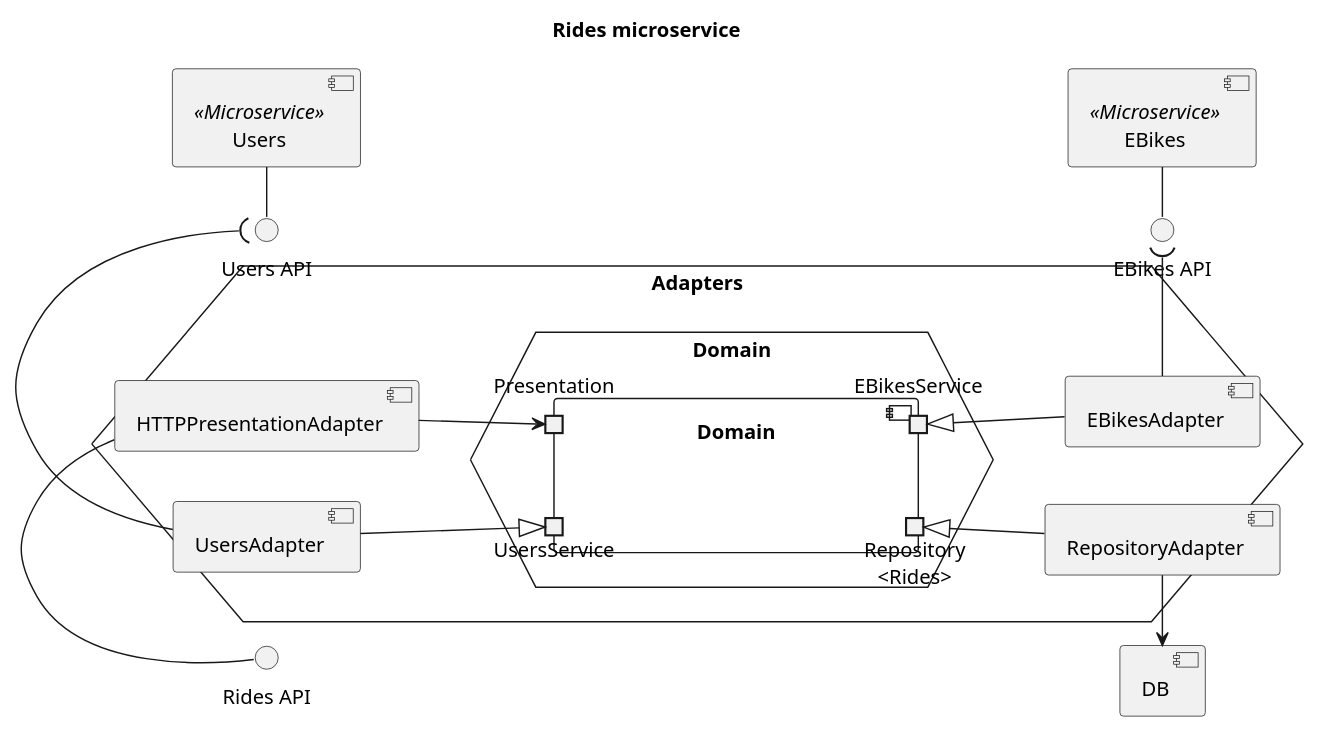
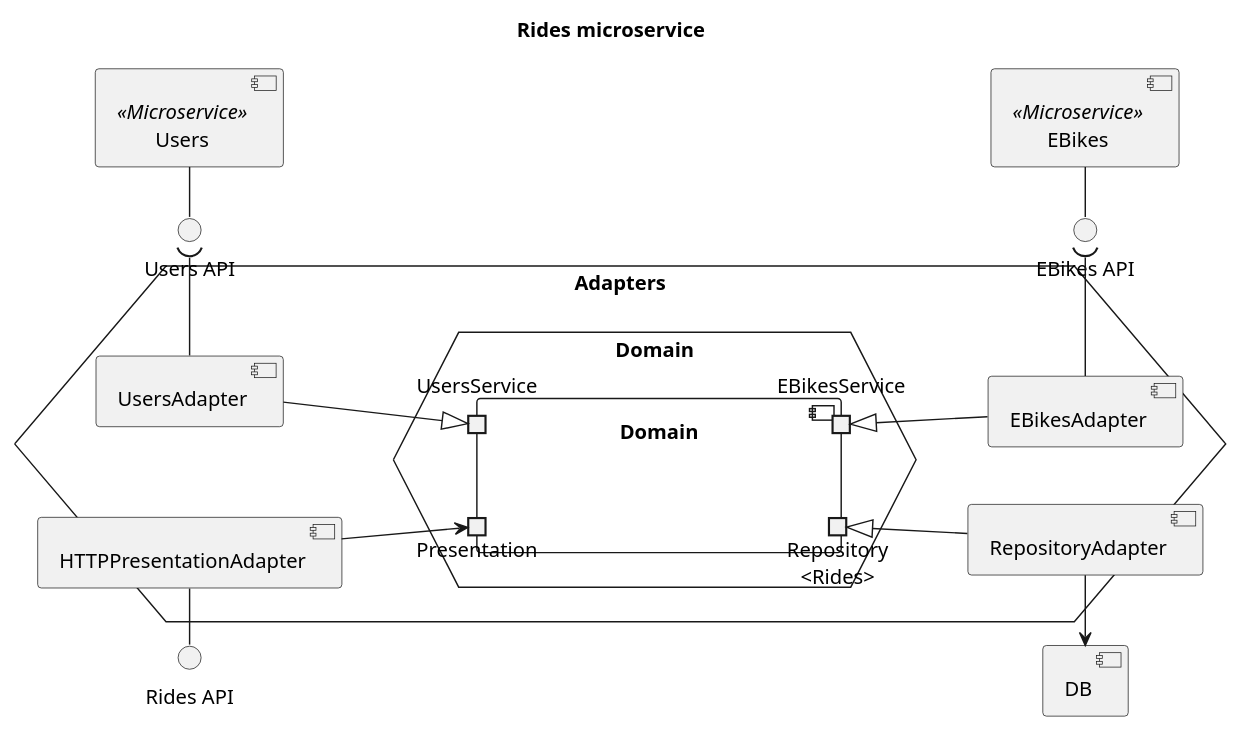
The diagram in doc/diagrams/src/rides-components.puml (Ventus218/SAP-assignment-02), drawn with PlantUML before and after one commit. The commit also changed other lines of this file and 8 other files, not shown here.

```diff
--- a/doc/diagrams/src/rides-components.puml
+++ b/doc/diagrams/src/rides-components.puml
@@ -1,46 +1,46 @@
 @startuml rides-components
 
 title "Rides microservice"
 
 left to right direction
 
 component "DB"
 interface "Rides API" as RidesAPI
 interface "EBikes API" as EBikesAPI
 interface "Users API" as UsersAPI
 
 hexagon Adapters {
     hexagon Domain as DomainHex {
         component Domain {
             'ports in or out are just used for layout purposes and do not have any semantic'
             portout "Repository\n<Rides>" as Repo
             portin Presentation
             portin UsersService
             portout EBikesService
         }
     }
 
     component "RepositoryAdapter" as RepoAdapter
     RepoAdapter -l-> DB
     RepoAdapter -u-|> Repo
 
     component EBikesAdapter
     EBikesAdapter -r-( EBikesAPI
     EBikesAdapter -u-|> EBikesService
 
+    component UsersAdapter
+    UsersAdapter -r-( UsersAPI
+    UsersAdapter -d-|> UsersService
+
     component "HTTPPresentationAdapter" as HTTPAdapter
     HTTPAdapter -l-() RidesAPI
     HTTPAdapter -d-> Presentation
-
-    component UsersAdapter
-    UsersAdapter -r-( UsersAPI
-    UsersAdapter -d-|> UsersService
 }
 
 component "EBikes" as EBikes <<Microservice>>
 EBikes -r-() EBikesAPI
 
 component "Users" as Users <<Microservice>>
 Users -r-() UsersAPI
 
 @enduml
```
